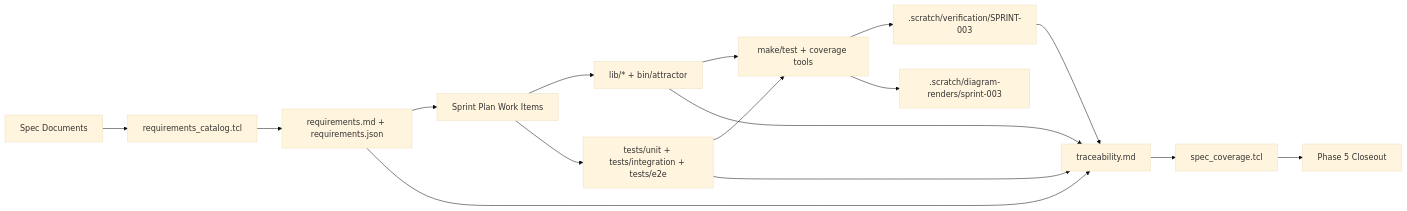
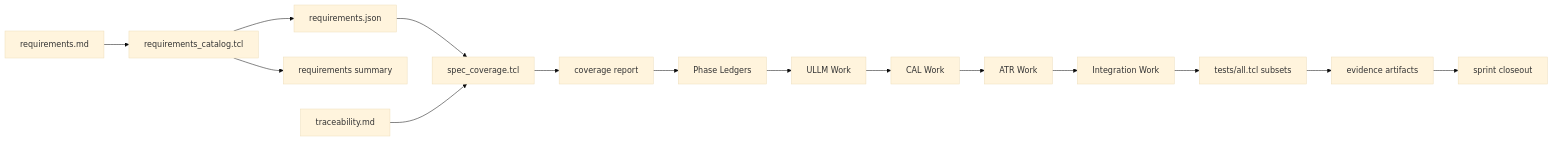
Before and after one commit to jaytaylor/attractor-tcl: the fourth of 5 diagrams in docs/sprints/SPRINT-003-close-spec-parity-tcl.md, drawn with Mermaid (base theme). The commit also changed other lines of this file, not shown here.

Commit message:
docs(sprint-003): sync close-spec parity completion with verified evidence

````diff
--- a/docs/sprints/SPRINT-003-close-spec-parity-tcl.md
+++ b/docs/sprints/SPRINT-003-close-spec-parity-tcl.md
@@ -2448,23 +1108,20 @@
 ```mermaid
 flowchart LR
-  SPEC[Spec Documents] --> CATALOG[requirements_catalog.tcl]
-  CATALOG --> REQS[requirements.md + requirements.json]
-  REQS --> PLAN[Sprint Plan Work Items]
+    S1[requirements.md] --> C1[requirements_catalog.tcl]
+    C1 --> A1[requirements.json]
+    C1 --> A2[requirements summary]
 
-  PLAN --> CODE[lib/* + bin/attractor]
-  PLAN --> TESTS[tests/unit + tests/integration + tests/e2e]
+    A1 --> C2[spec_coverage.tcl]
+    S2[traceability.md] --> C2
+    C2 --> R1[coverage report]
 
-  CODE --> VERIFY[make/test + coverage tools]
-  TESTS --> VERIFY
+    R1 --> P0[Phase Ledgers]
+    P0 --> P1[ULLM Work]
+    P1 --> P2[CAL Work]
+    P2 --> P3[ATR Work]
+    P3 --> P4[Integration Work]
 
-  VERIFY --> EVIDENCE[.scratch/verification/SPRINT-003]
-  VERIFY --> DIAGRAMS[.scratch/diagram-renders/sprint-003]
-
-  REQS --> TRACE[traceability.md]
-  CODE --> TRACE
-  TESTS --> TRACE
-  EVIDENCE --> TRACE
-
-  TRACE --> GATE[spec_coverage.tcl]
-  GATE --> CLOSEOUT[Phase 5 Closeout]
+    P4 --> T1[tests/all.tcl subsets]
+    T1 --> E1[evidence artifacts]
+    E1 --> F1[sprint closeout]
 ```
````
